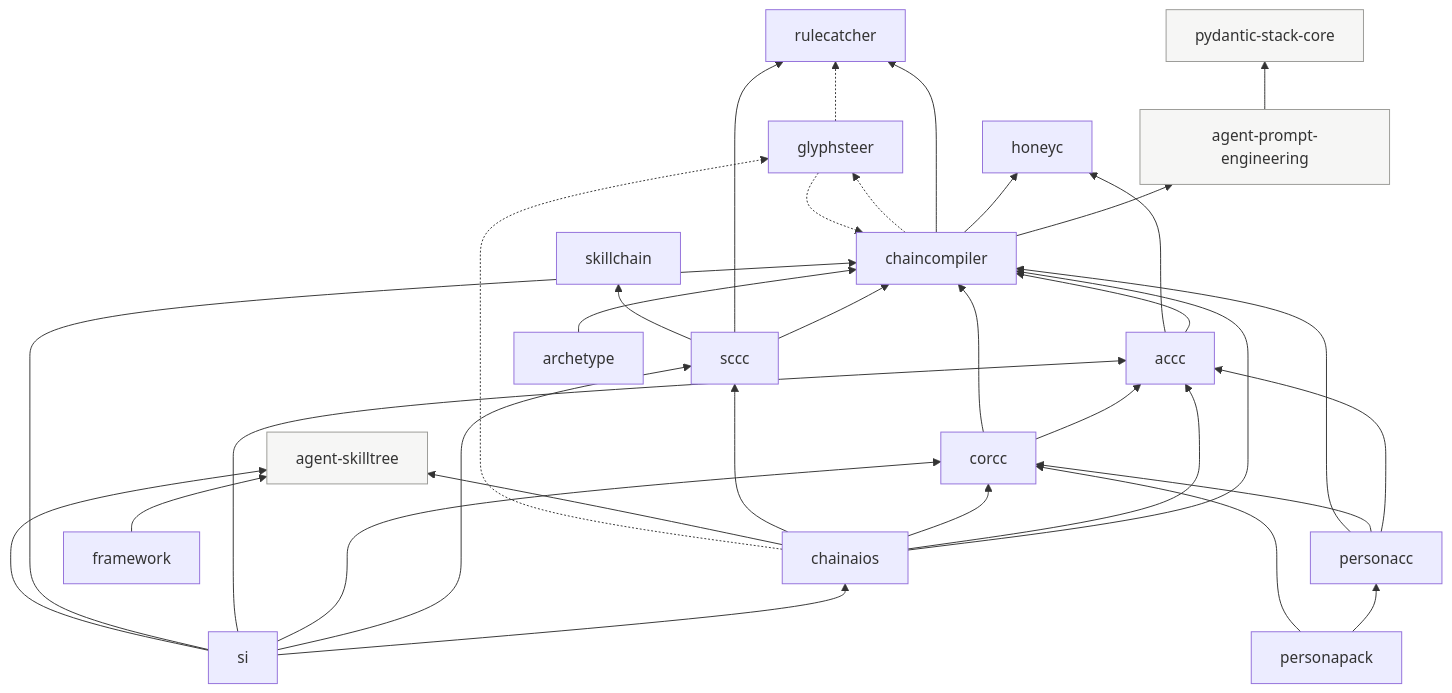
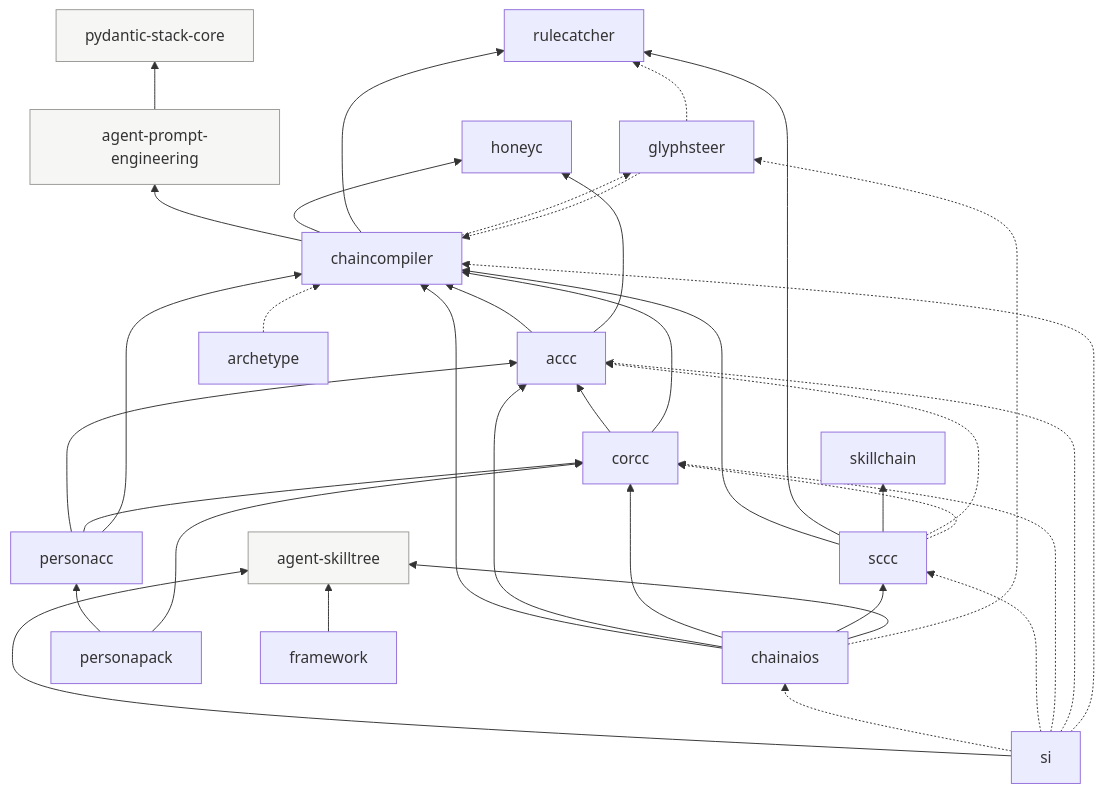
One commit to sancovp/chaincompiler changed the fourth of 10 diagrams in .claude/rules/21-architecture-diagrams.md. Above: the diagram before and after it, drawn with Mermaid. The commit also changed other lines of this file and 88 other files, not shown here.

````diff
--- a/.claude/rules/21-architecture-diagrams.md
+++ b/.claude/rules/21-architecture-diagrams.md
@@ -154,41 +156,43 @@
 ```mermaid
 flowchart BT
     APE["agent-prompt-engineering"]
     PSC["pydantic-stack-core"]
     ST["agent-skilltree"]
     APE --> PSC
     chaincompiler --> APE
     chaincompiler --> honeyc
     chaincompiler --> rulecatcher
     accc --> chaincompiler
     accc --> honeyc
     corcc --> accc
     corcc --> chaincompiler
     sccc --> chaincompiler
     sccc --> rulecatcher
     sccc --> skillchain
+    sccc -.-> accc
+    sccc -.-> corcc
     chainaios --> chaincompiler
     chainaios --> accc
     chainaios --> corcc
     chainaios --> sccc
     chainaios --> ST
     chainaios -.-> glyphsteer
     personacc --> accc
     personacc --> corcc
     personacc --> chaincompiler
     personapack --> personacc
     personapack --> corcc
-    si --> chainaios
-    si --> sccc
-    si --> corcc
-    si --> accc
-    si --> chaincompiler
     si --> ST
-    archetype --> chaincompiler
+    si -.-> chainaios
+    si -.-> sccc
+    si -.-> corcc
+    si -.-> accc
+    si -.-> chaincompiler
+    archetype -.-> chaincompiler
     framework --> ST
     glyphsteer -.-> chaincompiler
     glyphsteer -.-> rulecatcher
     chaincompiler -.-> glyphsteer
     classDef ext fill:#f6f6f5,stroke:#9a9a96;
     class APE,PSC,ST ext;
 ```
````
